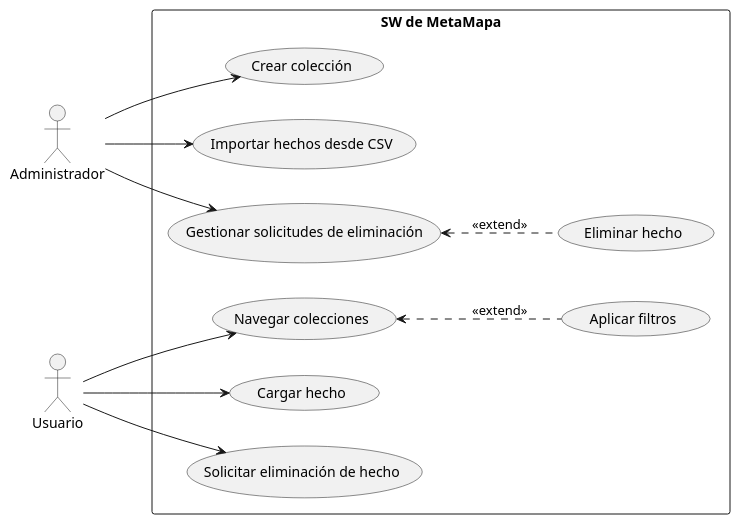
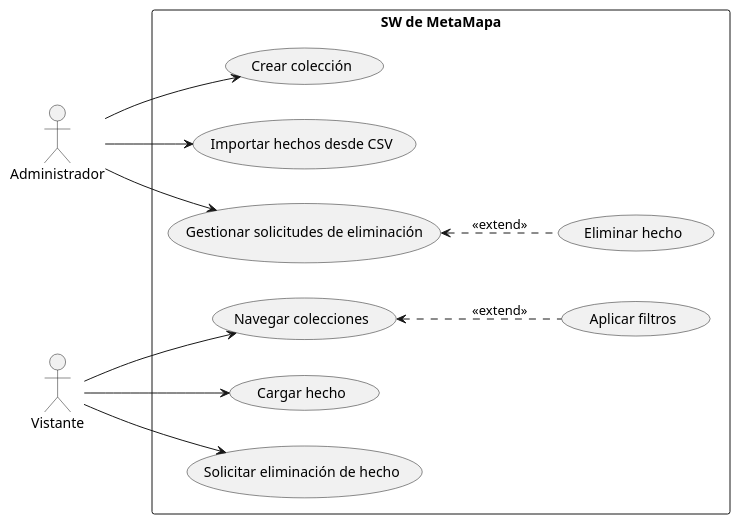
Before and after one commit to vclevy/MetaMapa: the diagram in src/main/diagramas/CasoDeUso1raEntrega.puml, drawn with PlantUML.

Commit message:
arreglando caso de uso

```diff
--- a/src/main/diagramas/CasoDeUso1raEntrega.puml
+++ b/src/main/diagramas/CasoDeUso1raEntrega.puml
@@ -1,30 +1,30 @@
 @startuml
 left to right direction
 skinparam packageStyle rectangle
 
 
 actor Administrador
-actor Usuario
+actor Vistante
 
 package "SW de MetaMapa" {
   (Navegar colecciones)
   (Aplicar filtros)
   (Cargar hecho)
   (Solicitar eliminación de hecho)
   (Crear colección)
   (Importar hechos desde CSV)
   (Gestionar solicitudes de eliminación)
   (Eliminar hecho)
 }
 
-Usuario --> (Navegar colecciones)
+Vistante --> (Navegar colecciones)
 (Navegar colecciones) <.. (Aplicar filtros) : <<extend>>
-Usuario --> (Cargar hecho)
-Usuario --> (Solicitar eliminación de hecho)
+Vistante --> (Cargar hecho)
+Vistante --> (Solicitar eliminación de hecho)
 
 Administrador --> (Crear colección)
 Administrador --> (Importar hechos desde CSV)
 Administrador --> (Gestionar solicitudes de eliminación)
 (Gestionar solicitudes de eliminación) <.. (Eliminar hecho) : <<extend>>
 
 @enduml
```
